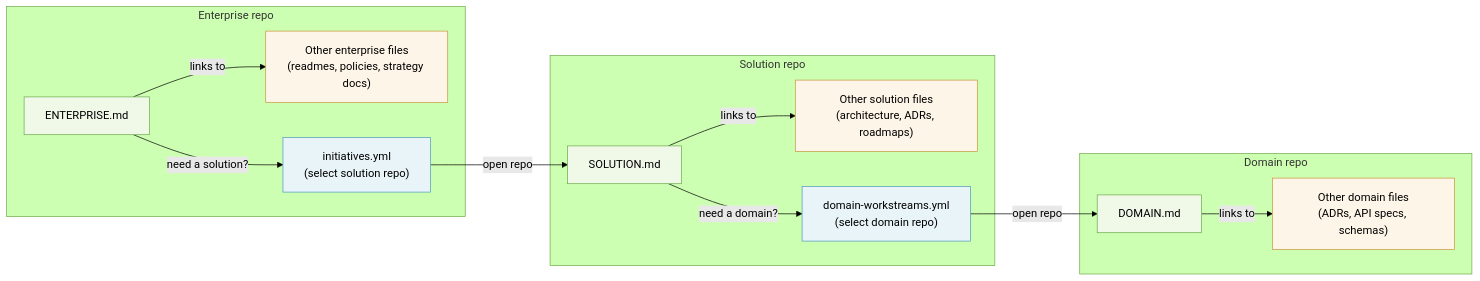
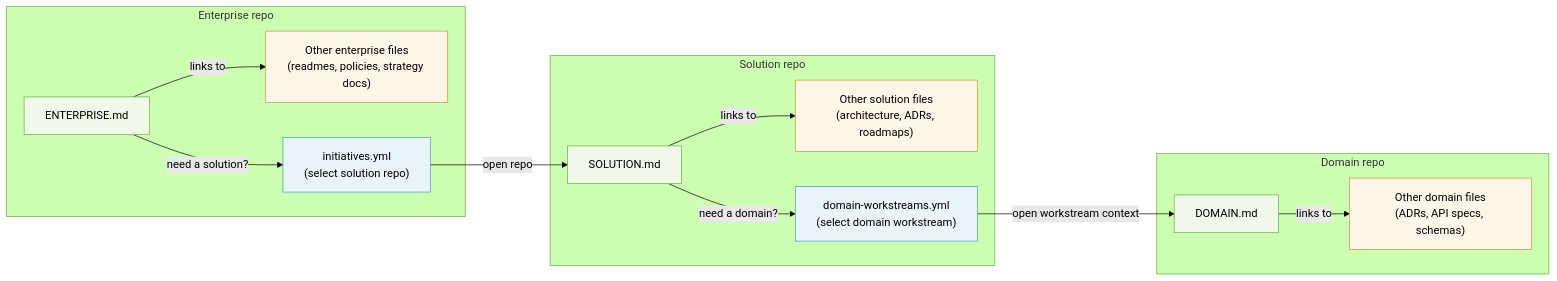
Before and after one commit to oopsyz/enterprise.md: the diagram in multi_level_repository_navigation_and_routing_convention.md, drawn with Mermaid (forest theme). The commit also changed other lines of this file and 8 other files, not shown here.

````diff
--- a/multi_level_repository_navigation_and_routing_convention.md
+++ b/multi_level_repository_navigation_and_routing_convention.md
@@ -43,34 +43,34 @@
 ```mermaid
 flowchart LR
     subgraph ER["Enterprise repo"]
         EEntry["ENTERPRISE.md"]:::entry
         ELocal["Other enterprise files\n(readmes, policies, strategy docs)"]:::artifact
         ERoute["initiatives.yml\n(select solution repo)"]:::routing
 
         EEntry -->|"links to"| ELocal
         EEntry -->|"need a solution?"| ERoute
     end
 
     subgraph SR["Solution repo"]
         SEntry["SOLUTION.md"]:::entry
         SLocal["Other solution files\n(architecture, ADRs, roadmaps)"]:::artifact
-        SRoute["domain-workstreams.yml\n(select domain repo)"]:::routing
+        SRoute["domain-workstreams.yml\n(select domain workstream)"]:::routing
 
         SEntry -->|"links to"| SLocal
         SEntry -->|"need a domain?"| SRoute
     end
 
     subgraph DR["Domain repo"]
         DEntry["DOMAIN.md"]:::entry
         DLocal["Other domain files\n(ADRs, API specs, schemas)"]:::artifact
 
         DEntry -->|"links to"| DLocal
     end
 
     ERoute -->|"open repo"| SEntry
-    SRoute -->|"open repo"| DEntry
+    SRoute -->|"open workstream context"| DEntry
 
     classDef routing fill:#e8f4f8,stroke:#4a9aba;
     classDef entry fill:#f0f8e8,stroke:#6aaa4a;
     classDef artifact fill:#fdf5e8,stroke:#c8963a;
 ```
````
